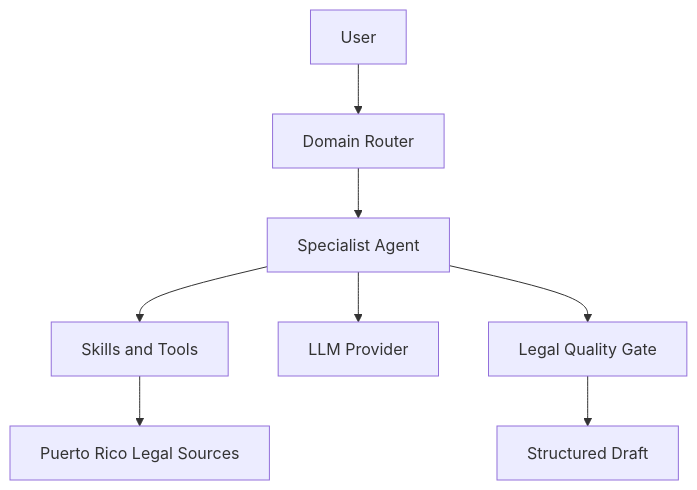
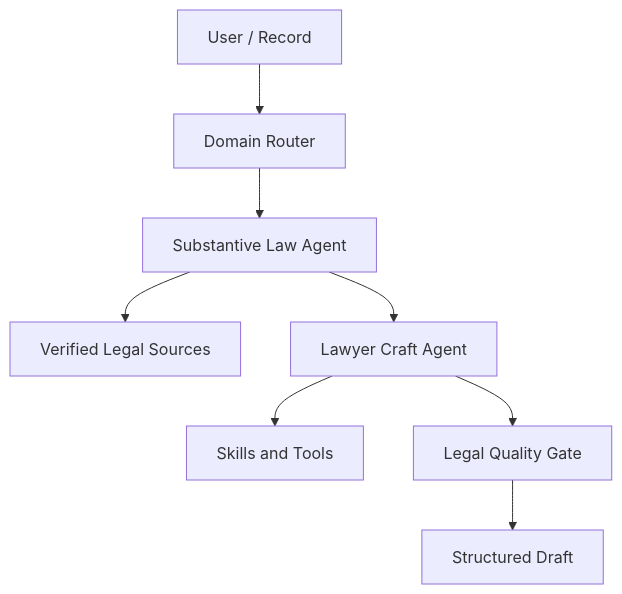
One commit to ericalopezfebo/legal-agents-pr changed the diagram in README.md. Above: the diagram before and after it, drawn with Mermaid. The commit also changed other lines of this file, not shown here.

Commit message:
Document lawyer craft agent layer

````diff
--- a/README.md
+++ b/README.md
@@ -28,10 +29,10 @@
 ```mermaid
 flowchart TD
-  U[User] --> R[Domain Router]
-  R --> A[Specialist Agent]
-  A --> ST[Skills and Tools]
-  ST --> S[Puerto Rico Legal Sources]
-  A --> P[LLM Provider]
-  A --> Q[Legal Quality Gate]
+  U[User / Record] --> R[Domain Router]
+  R --> SLAW[Substantive Law Agent]
+  SLAW --> SRC[Verified Legal Sources]
+  SLAW --> CRAFT[Lawyer Craft Agent]
+  CRAFT --> T[Skills and Tools]
+  CRAFT --> Q[Legal Quality Gate]
   Q --> O[Structured Draft]
 ```
````
